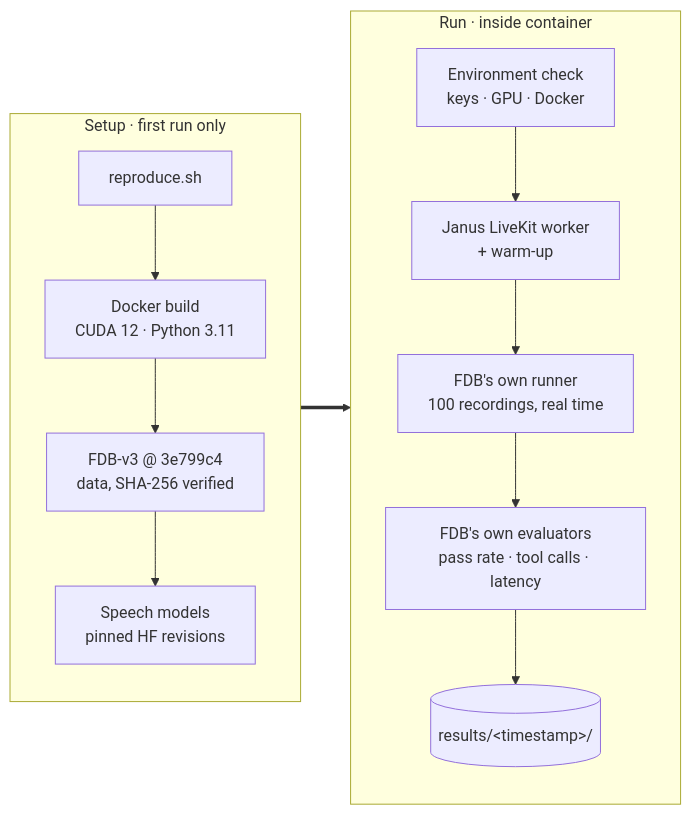
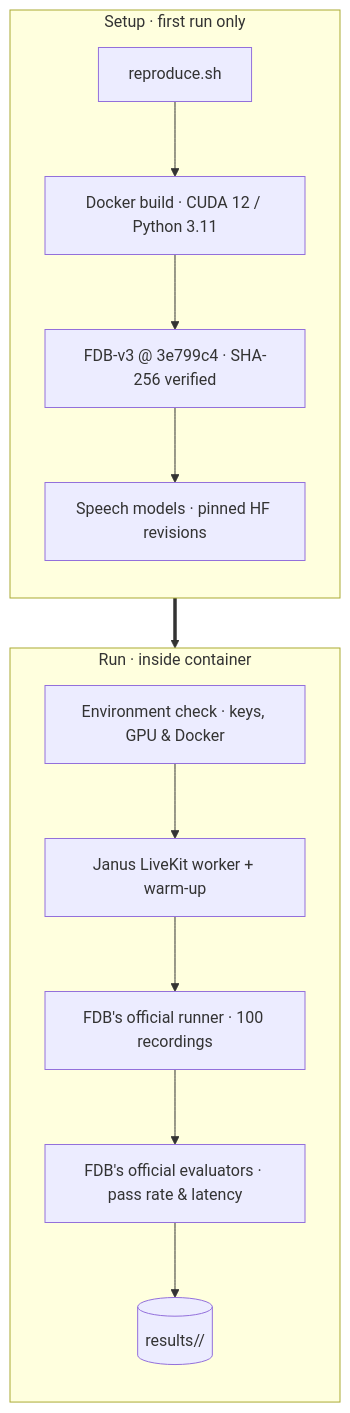
One commit to AdithyaSanthosh-P/Janus changed the first of 6 diagrams in README.md. Above: the diagram before and after it, drawn with Mermaid. The commit also changed other lines of this file, not shown here.

Commit message:
Modify the readme to fix diagram rendering issues

````diff
--- a/README.md
+++ b/README.md
@@ -51,17 +51,17 @@
 ```mermaid
-flowchart LR
+flowchart TB
     subgraph SETUP["Setup · first run only"]
         direction TB
-        A["reproduce.sh"] --> B["Docker build<br/>CUDA 12 · Python 3.11"]
-        B --> C["FDB-v3 @ 3e799c4<br/>data, SHA-256 verified"]
-        C --> D["Speech models<br/>pinned HF revisions"]
+        A["reproduce.sh"] --> B["Docker build · CUDA 12 / Python 3.11"]
+        B --> C["FDB-v3 @ 3e799c4 · SHA-256 verified"]
+        C --> D["Speech models · pinned HF revisions"]
     end
     subgraph RUN["Run · inside container"]
         direction TB
-        E["Environment check<br/>keys · GPU · Docker"] --> F["Janus LiveKit worker<br/>+ warm-up"]
-        F --> G["FDB's own runner<br/>100 recordings, real time"]
-        G --> H["FDB's own evaluators<br/>pass rate · tool calls · latency"]
-        H --> I[("results/&lt;timestamp&gt;/")]
+        E["Environment check · keys, GPU & Docker"] --> F["Janus LiveKit worker + warm-up"]
+        F --> G["FDB's official runner · 100 recordings"]
+        G --> H["FDB's official evaluators · pass rate & latency"]
+        H --> I[("results/<timestamp>/")]
     end
     SETUP ==> RUN
 ```
````
